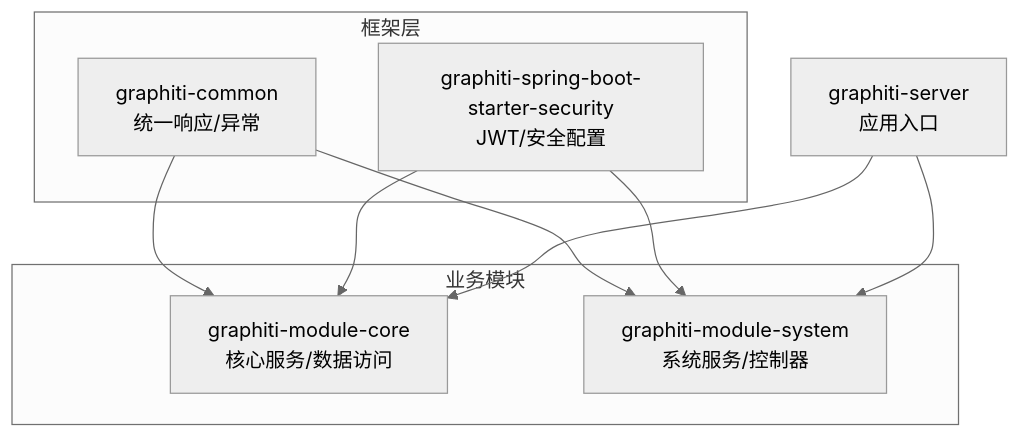
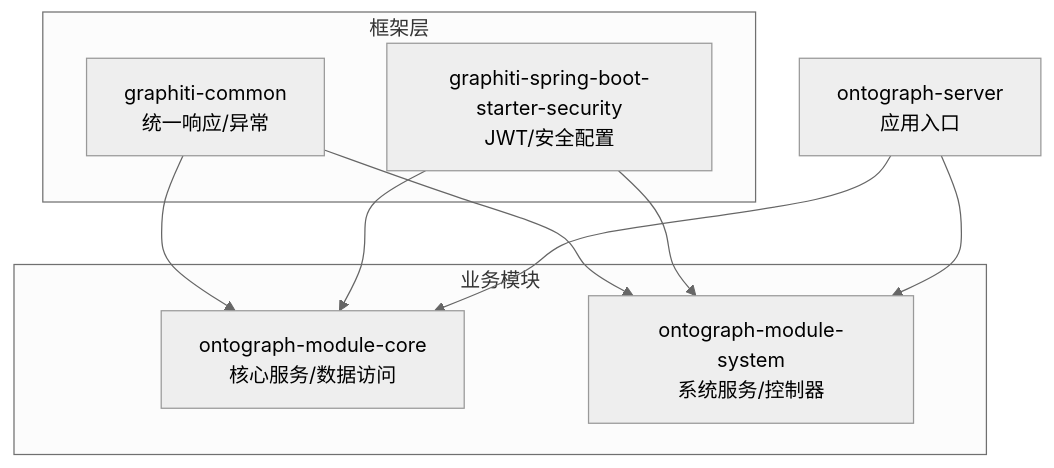
The first of 7 diagrams in docs/manual/最佳实践/代码质量保证.md (joezxh/graphiti-java), drawn with Mermaid (neutral theme) before and after one commit. The commit also changed other lines of this file and 200 other files, not shown here.

````diff
--- a/docs/manual/最佳实践/代码质量保证.md
+++ b/docs/manual/最佳实践/代码质量保证.md
@@ -42,18 +42,18 @@
 ```mermaid
 graph TB
 subgraph "框架层"
 COMMON["graphiti-common<br/>统一响应/异常"]
 SEC["graphiti-spring-boot-starter-security<br/>JWT/安全配置"]
 end
 subgraph "业务模块"
-CORE["graphiti-module-core<br/>核心服务/数据访问"]
-SYS["graphiti-module-system<br/>系统服务/控制器"]
+CORE["ontograph-module-core<br/>核心服务/数据访问"]
+SYS["ontograph-module-system<br/>系统服务/控制器"]
 end
-SERVER["graphiti-server<br/>应用入口"]
+SERVER["ontograph-server<br/>应用入口"]
 COMMON --> CORE
 COMMON --> SYS
 SEC --> SYS
 SEC --> CORE
 SERVER --> SYS
 SERVER --> CORE
 ```
````
